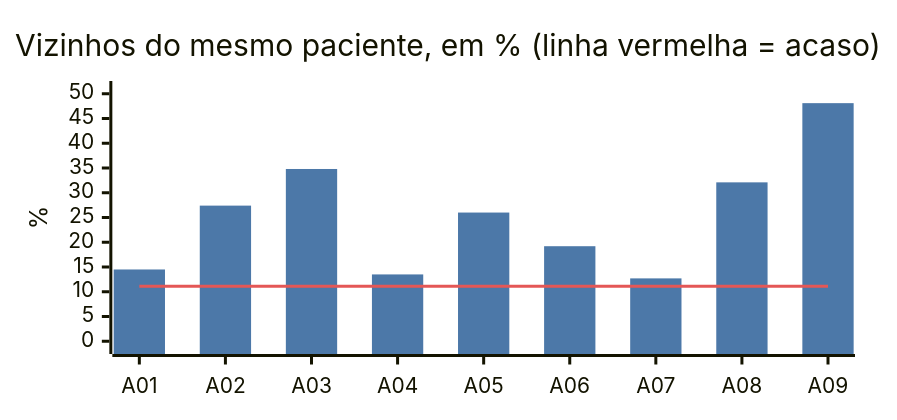
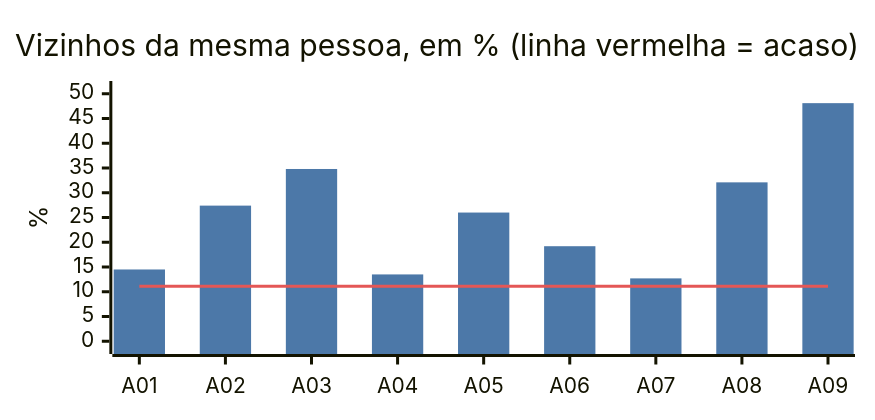
Before and after one commit to kafb04/data-engineering-multimodal-ai: the seventh of 8 diagrams in README.md, drawn with Mermaid. The commit also changed other lines of this file, not shown here.

````diff
--- a/README.md
+++ b/README.md
@@ -316,17 +194,17 @@
 ```mermaid
 ---
 config:
   xyChart:
     width: 560
     height: 260
   themeVariables:
     xyChart:
       plotColorPalette: "#4C78A8, #E45756"
 ---
 xychart-beta
-    title "Vizinhos do mesmo paciente, em % (linha vermelha = acaso)"
+    title "Vizinhos da mesma pessoa, em % (linha vermelha = acaso)"
     x-axis [A01, A02, A03, A04, A05, A06, A07, A08, A09]
     y-axis "%" 0 --> 50
     bar [14.5, 27.4, 34.8, 13.5, 26.0, 19.2, 12.7, 32.1, 48.1]
     line [11.1, 11.1, 11.1, 11.1, 11.1, 11.1, 11.1, 11.1, 11.1]
 ```
````
